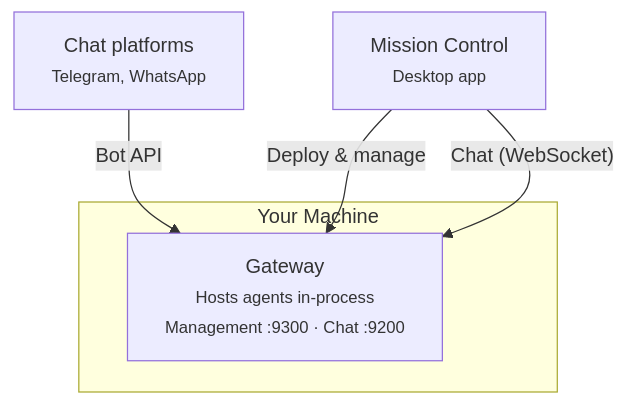
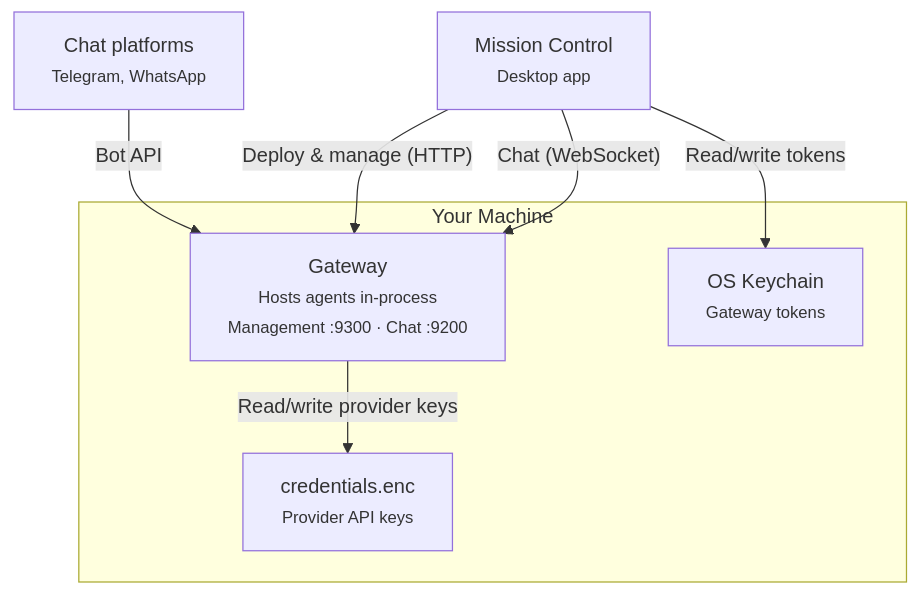
The diagram in README.md (volumegambit/Dash), drawn with Mermaid before and after one commit. The commit also changed other lines of this file, not shown here.

````diff
--- a/README.md
+++ b/README.md
@@ -49,14 +61,18 @@
 ```mermaid
 graph TB
   platforms["Chat platforms<br/><small>Telegram, WhatsApp</small>"]
 
   subgraph infra ["Your Machine"]
     gateway["Gateway<br/><small>Hosts agents in-process<br/>Management :9300 · Chat :9200</small>"]
+    keychain["OS Keychain<br/><small>Gateway tokens</small>"]
+    enc["credentials.enc<br/><small>Provider API keys</small>"]
   end
 
   mc["Mission Control<br/><small>Desktop app</small>"]
 
   platforms -- "Bot API" --> gateway
-  mc -- "Deploy & manage" --> gateway
+  mc -- "Deploy & manage (HTTP)" --> gateway
   mc -- "Chat (WebSocket)" --> gateway
+  mc -- "Read/write tokens" --> keychain
+  gateway -- "Read/write provider keys" --> enc
 ```
````
